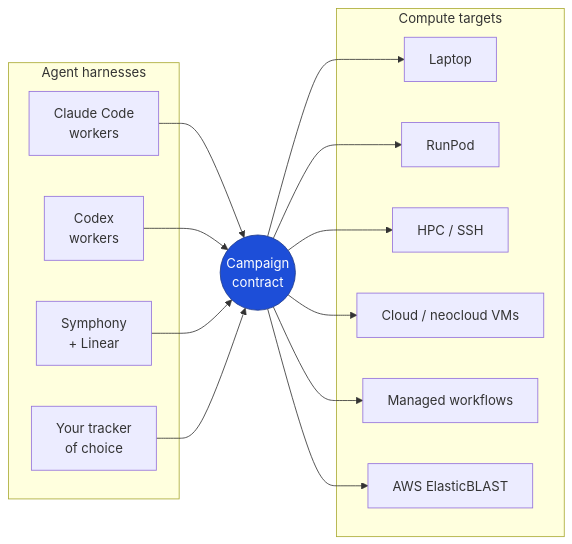
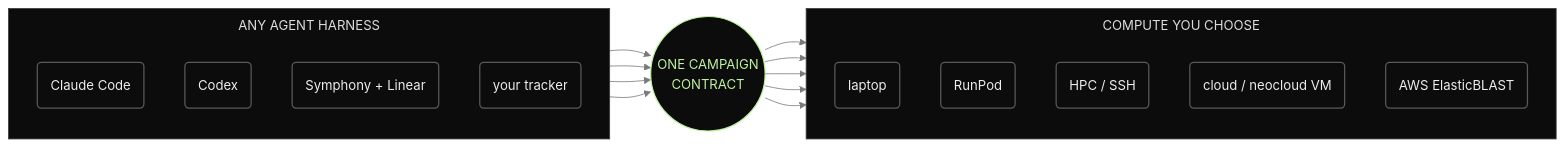
The fourth of 5 diagrams in README.md (BioSymphony/bioprospector), drawn with Mermaid before and after one commit. The commit also changed other lines of this file, not shown here.

````diff
--- a/README.md
+++ b/README.md
@@ -393,29 +90,31 @@
 ```mermaid
+%%{init:{'theme':'base','flowchart':{'htmlLabels':false,'padding':16,'subGraphTitleMargin':{'top':10,'bottom':18}},'themeVariables':{'fontFamily':'Menlo, Consolas, monospace','lineColor':'#7a7a7a','clusterBkg':'#0c0c0c','clusterBorder':'#3a3a3a','titleColor':'#dcdcdc'}}}%%
 flowchart LR
-  subgraph Agent_harnesses["Agent harnesses"]
-    H1["Claude Code<br/>workers"]
-    H2["Codex<br/>workers"]
-    H3["Symphony<br/>+ Linear"]
-    H4["Your tracker<br/>of choice"]
+  classDef io fill:#0c0c0c,stroke:#5a5a5a,color:#ededed,stroke-width:1.5px
+  classDef hub fill:#0c0c0c,stroke:#bdf0a0,color:#bdf0a0,stroke-width:1.5px
+  subgraph H["ANY AGENT HARNESS"]
+    direction TB
+    H1("Claude Code"):::io
+    H2("Codex"):::io
+    H3("Symphony + Linear"):::io
+    H4("your tracker"):::io
   end
-  C(("Campaign<br/>contract"))
-  subgraph Compute_targets["Compute targets"]
-    P1["Laptop"]
-    P2["RunPod"]
-    P3["HPC / SSH"]
-    P4["Cloud / neocloud VMs"]
-    P5["Managed workflows"]
-    P6["AWS ElasticBLAST"]
+  C(("ONE CAMPAIGN<br/>CONTRACT")):::hub
+  subgraph P["COMPUTE YOU CHOOSE"]
+    direction TB
+    P1("laptop"):::io
+    P2("RunPod"):::io
+    P3("HPC / SSH"):::io
+    P4("cloud / neocloud VM"):::io
+    P5("AWS ElasticBLAST"):::io
   end
   H1 --> C
   H2 --> C
   H3 --> C
   H4 --> C
   C --> P1
   C --> P2
   C --> P3
   C --> P4
   C --> P5
-  C --> P6
-  style C fill:#1d4ed8,stroke:#1e3a8a,color:#ffffff
 ```
````
